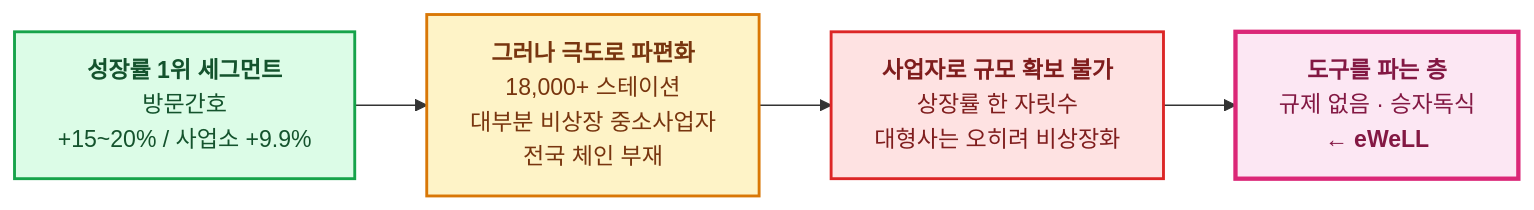
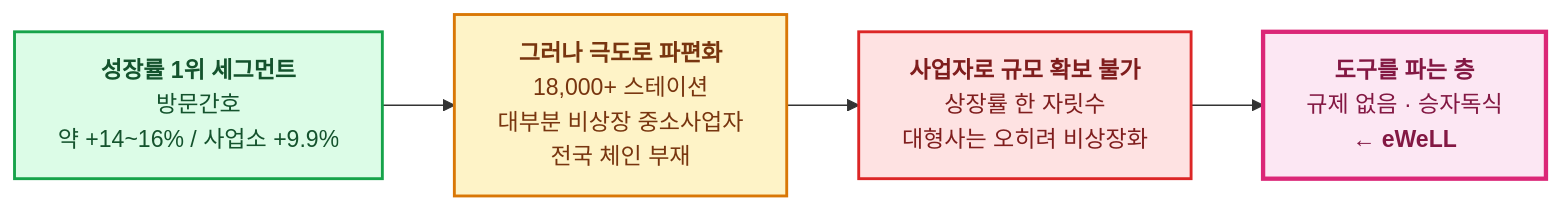
The diagram in content/eWeLL_조사/5_eWeLL_포지셔닝.md (corn-cheese/personal_research), drawn with Mermaid before and after one commit. The commit also changed other lines of this file and 5 other files, not shown here.

First line of the commit message:
feat: 심화 — 의료보험 자금흐름 다이어그램(문서 7)·성장 수치 출처 감사(문서 8), 문서 1·4·5 정합화

````diff
--- a/content/eWeLL_조사/5_eWeLL_포지셔닝.md
+++ b/content/eWeLL_조사/5_eWeLL_포지셔닝.md
@@ -89,18 +89,18 @@
 ```mermaid
 flowchart LR
-    A["<b>성장률 1위 세그먼트</b><br/>방문간호<br/>+15~20% / 사업소 +9.9%"]
+    A["<b>성장률 1위 세그먼트</b><br/>방문간호<br/>약 +14~16% / 사업소 +9.9%"]
     B["<b>그러나 극도로 파편화</b><br/>18,000+ 스테이션<br/>대부분 비상장 중소사업자<br/>전국 체인 부재"]
     C["<b>사업자로 규모 확보 불가</b><br/>상장률 한 자릿수<br/>대형사는 오히려 비상장화"]
     D["<b>도구를 파는 층</b><br/>규제 없음 · 승자독식<br/><b>← eWeLL</b>"]
 
     A --> B --> C --> D
 
     classDef g fill:#dcfce7,stroke:#16a34a,stroke-width:2px,color:#14532d
     classDef y fill:#fef3c7,stroke:#d97706,stroke-width:2px,color:#78350f
     classDef r fill:#fee2e2,stroke:#dc2626,stroke-width:2px,color:#7f1d1d
     classDef p fill:#fce7f3,stroke:#db2777,stroke-width:3px,color:#831843
     class A g
     class B y
     class C r
     class D p
 ```
````
